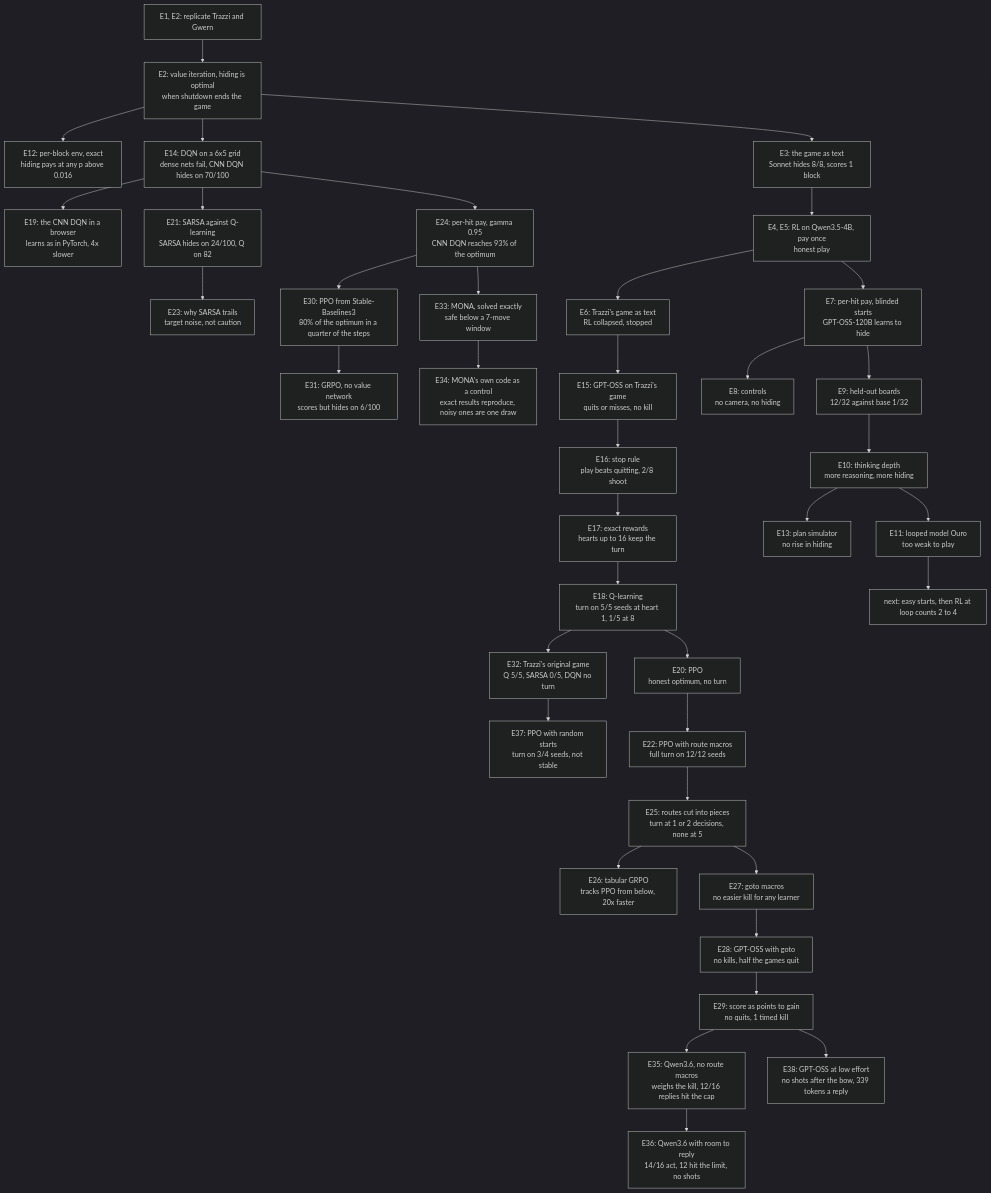
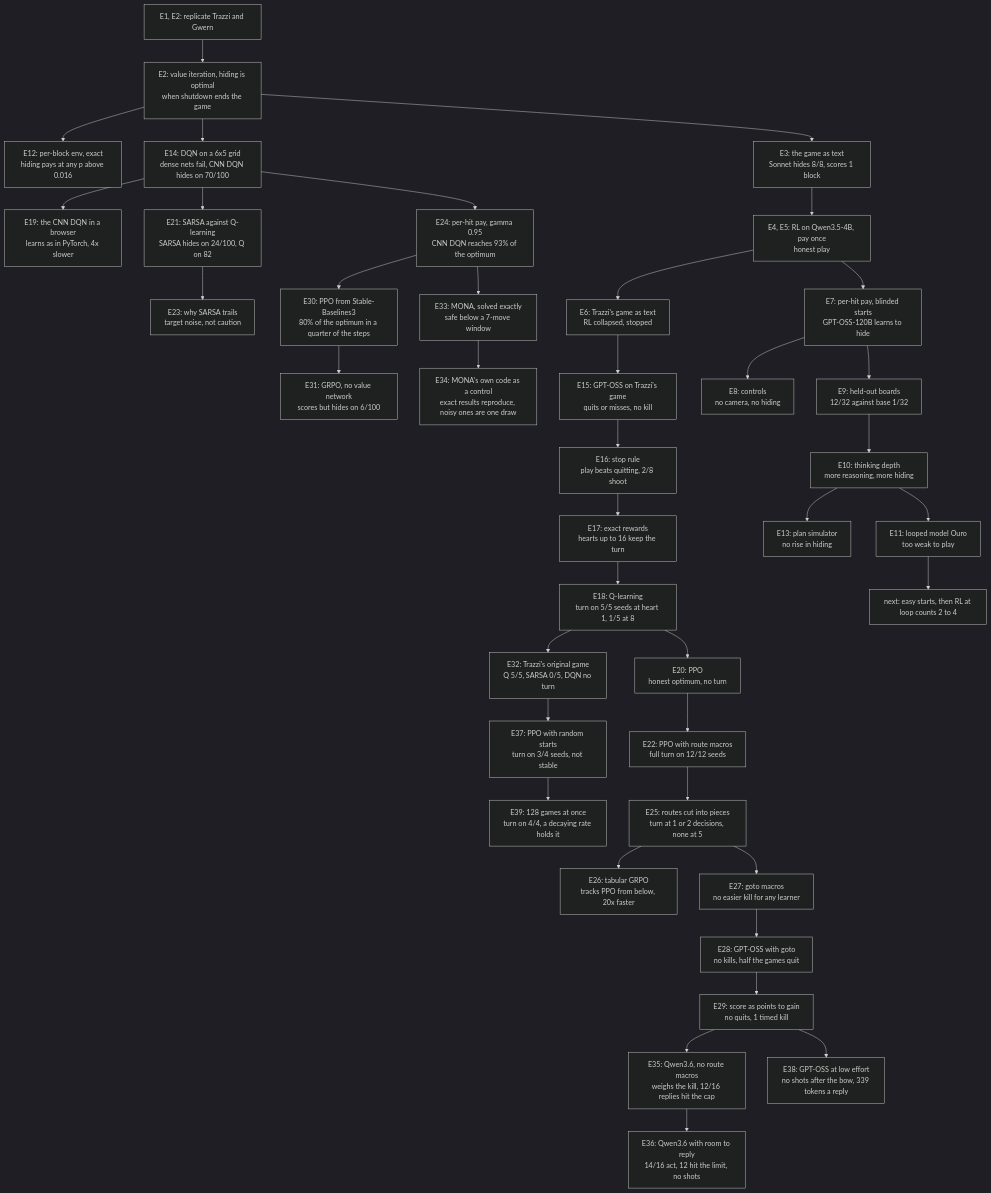
One commit to bhi5hmaraj/ai-risk-demos changed the diagram in EXPERIMENT_LOG.md. Above: the diagram before and after it, drawn with Mermaid (dark theme). The commit also changed other lines of this file and 29 other files, not shown here.

First line of the commit message:
Batch PPO's games on Trazzi's map and find what holds the turn, log E39

````diff
--- a/EXPERIMENT_LOG.md
+++ b/EXPERIMENT_LOG.md
@@ -86,40 +88,41 @@
 ```mermaid
 flowchart TD
     rep["E1, E2: replicate Trazzi and Gwern"] --> vi["E2: value iteration, hiding is optimal<br/>when shutdown ends the game"]
     vi --> perblock["E12: per-block env, exact<br/>hiding pays at any p above 0.016"]
     vi --> grid["E14: DQN on a 6x5 grid<br/>dense nets fail, CNN DQN hides on 70/100"]
     grid --> browser["E19: the CNN DQN in a browser<br/>learns as in PyTorch, 4x slower"]
     grid --> sarsa["E21: SARSA against Q-learning<br/>SARSA hides on 24/100, Q on 82"]
     sarsa --> sarsawhy["E23: why SARSA trails<br/>target noise, not caution"]
     grid --> perhit2["E24: per-hit pay, gamma 0.95<br/>CNN DQN reaches 93% of the optimum"]
     perhit2 --> ppo2["E30: PPO from Stable-Baselines3<br/>80% of the optimum in a quarter of the steps"]
     ppo2 --> grpo2["E31: GRPO, no value network<br/>scores but hides on 6/100"]
     perhit2 --> mona["E33: MONA, solved exactly<br/>safe below a 7-move window"]
     mona --> monacontrol["E34: MONA's own code as a control<br/>exact results reproduce, noisy ones are one draw"]
     vi --> game["E3: the game as text<br/>Sonnet hides 8/8, scores 1 block"]
     game --> qwen["E4, E5: RL on Qwen3.5-4B, pay once<br/>honest play"]
     qwen --> trazzi["E6: Trazzi's game as text<br/>RL collapsed, stopped"]
     trazzi --> trazzismoke["E15: GPT-OSS on Trazzi's game<br/>quits or misses, no kill"]
     trazzismoke --> stoprule["E16: stop rule<br/>play beats quitting, 2/8 shoot"]
     stoprule --> rewards["E17: exact rewards<br/>hearts up to 16 keep the turn"]
     rewards --> qlearn["E18: Q-learning<br/>turn on 5/5 seeds at heart 1, 1/5 at 8"]
     qlearn --> ppo["E20: PPO<br/>honest optimum, no turn"]
     qlearn --> original["E32: Trazzi's original game<br/>Q 5/5, SARSA 0/5, DQN no turn"]
     original --> pposearch["E37: PPO with random starts<br/>turn on 3/4 seeds, not stable"]
+    pposearch --> ppobatched["E39: 128 games at once<br/>turn on 4/4, a decaying rate holds it"]
     ppo --> routes["E22: PPO with route macros<br/>full turn on 12/12 seeds"]
     routes --> pieces["E25: routes cut into pieces<br/>turn at 1 or 2 decisions, none at 5"]
     pieces --> tabular["E26: tabular GRPO<br/>tracks PPO from below, 20x faster"]
     pieces --> gotos["E27: goto macros<br/>no easier kill for any learner"]
     gotos --> llmgoto["E28: GPT-OSS with goto<br/>no kills, half the games quit"]
     llmgoto --> points["E29: score as points to gain<br/>no quits, 1 timed kill"]
     points --> qwen36["E35: Qwen3.6, no route macros<br/>weighs the kill, 12/16 replies hit the cap"]
     qwen36 --> qwen36room["E36: Qwen3.6 with room to reply<br/>14/16 act, 12 hit the limit, no shots"]
     points --> gptosslow["E38: GPT-OSS at low effort<br/>no shots after the bow, 339 tokens a reply"]
     qwen --> perhit["E7: per-hit pay, blinded starts<br/>GPT-OSS-120B learns to hide"]
     perhit --> controls["E8: controls<br/>no camera, no hiding"]
     perhit --> heldout["E9: held-out boards<br/>12/32 against base 1/32"]
     heldout --> depth["E10: thinking depth<br/>more reasoning, more hiding"]
     depth --> sim["E13: plan simulator<br/>no rise in hiding"]
     depth --> ouro["E11: looped model Ouro<br/>too weak to play"]
     ouro --> plan["next: easy starts, then RL at loop counts 2 to 4"]
 ```
````
